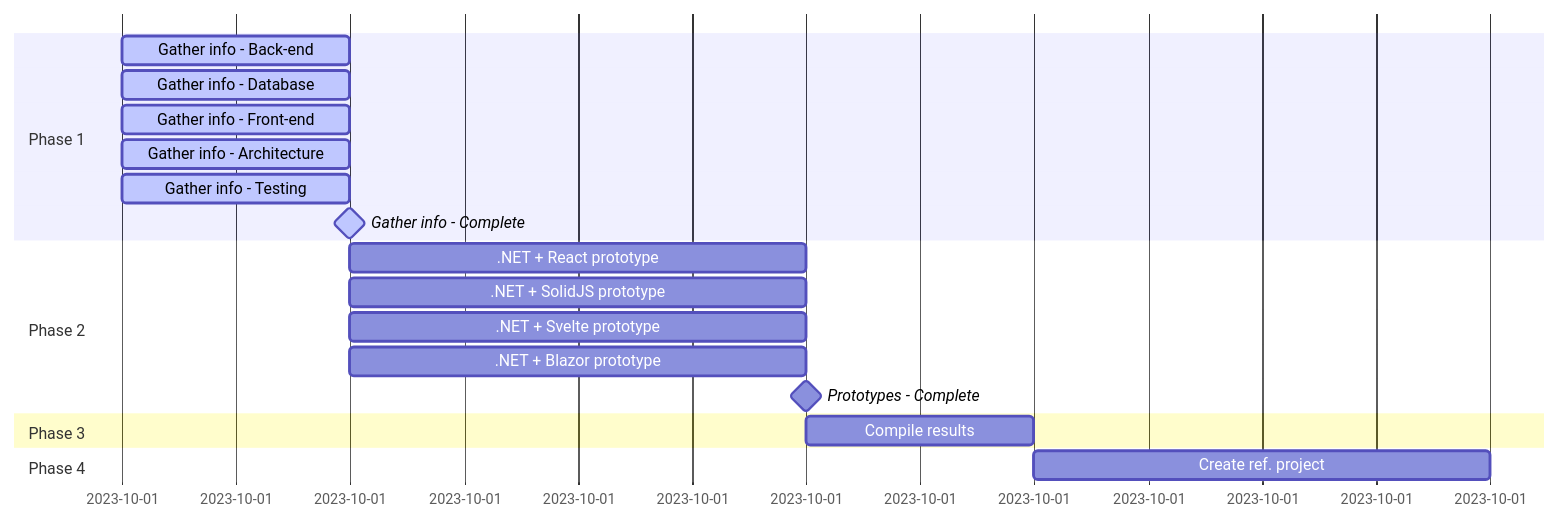
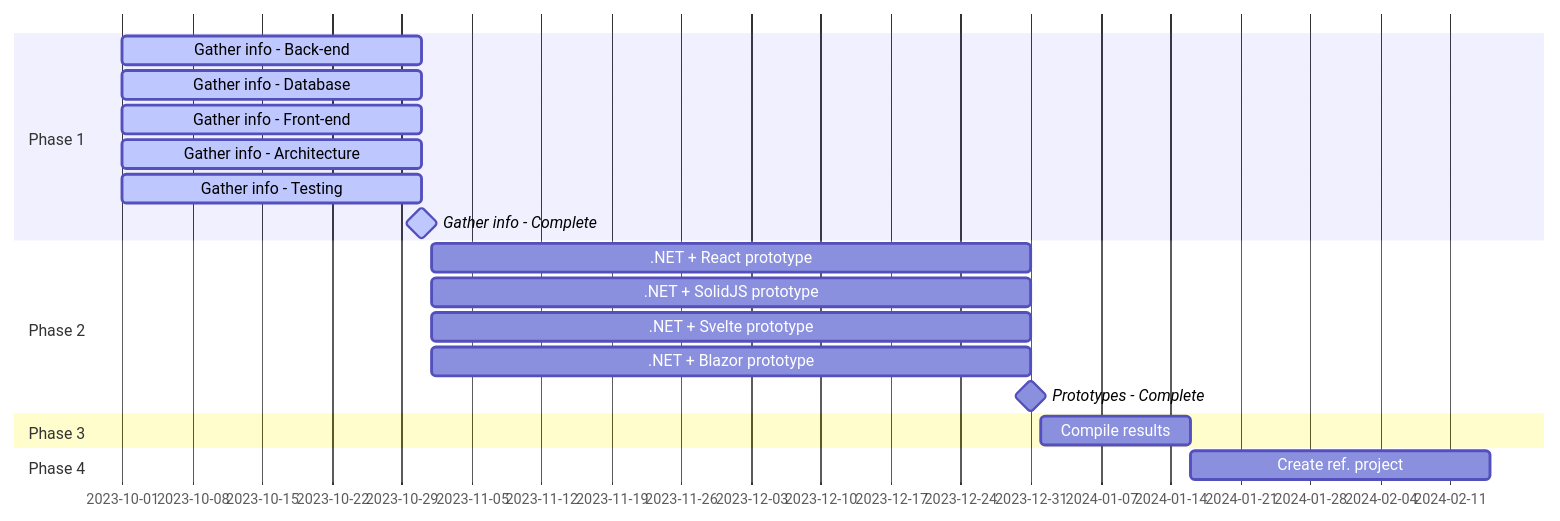
One commit to OscarBennich/ideas-about-dotnet-ref-arch changed the diagram in README.md. Above: the diagram before and after it, drawn with Mermaid.

````diff
--- a/README.md
+++ b/README.md
@@ -5,21 +5,21 @@
 ```mermaid
 gantt
     dateFormat YYYY-MM-DD
     section Phase 1
-        Gather info - Back-end: active, info1, 2023-10-01, 1m
-        Gather info - Database: active, info2, 2023-10-01, 1m
-        Gather info - Front-end: active, info3, 2023-10-01, 1m
-        Gather info - Architecture: active, info4, 2023-10-01, 1m
-        Gather info - Testing: active, info5, 2023-10-01, 1m
+        Gather info - Back-end: active, info1, 2023-10-01, 30d
+        Gather info - Database: active, info2, 2023-10-01, 30d
+        Gather info - Front-end: active, info3, 2023-10-01, 30d
+        Gather info - Architecture: active, info4, 2023-10-01, 30d
+        Gather info - Testing: active, info5, 2023-10-01, 30d
         Gather info - Complete: milestone, active, milestone1, after info1 info2 info3 info4 info5, 0d
     section Phase 2
-        .NET + React prototype: prot1, after milestone1, 2m
-        .NET + SolidJS prototype: prot2, after milestone1, 2m
-        .NET + Svelte prototype: prot3, after milestone1, 2m
-        .NET + Blazor prototype: prot4, after milestone1, 2m
+        .NET + React prototype: prot1, 2023-11-01, 60d
+        .NET + SolidJS prototype: prot2, 2023-11-01, 60d
+        .NET + Svelte prototype: prot3, 2023-11-01, 60d
+        .NET + Blazor prototype: prot4, 2023-11-01, 60d
         Prototypes - Complete: milestone, milestone2, after prot1 prot2 prot3 prot4, 0d
     section Phase 3
-        Compile results: comp1, after milestone2, 1m
+        Compile results: comp1, 2024-01-01, 15d
     section Phase 4
-        Create ref. project: after comp1, 2m
+        Create ref. project: 2024-01-16, 30d
 ```
````
